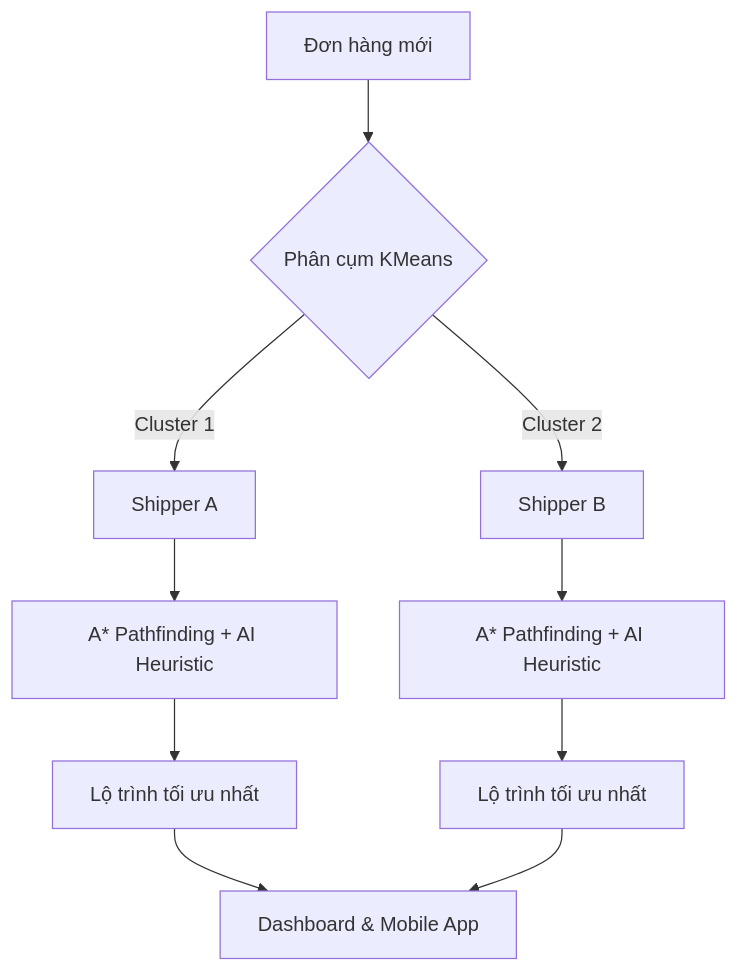
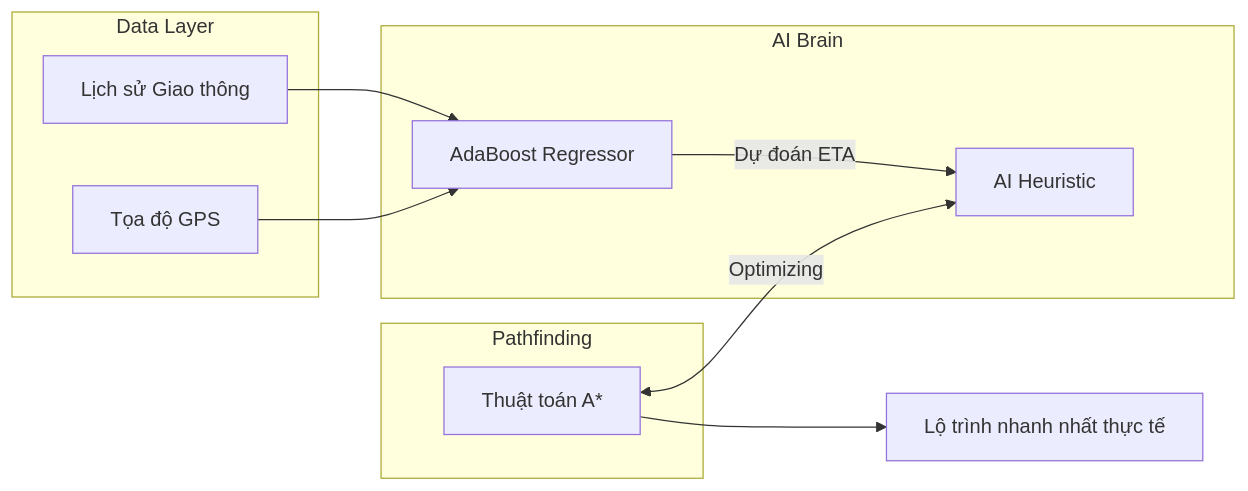
Before and after one commit to NTbankey1/LogiSense-AI: the diagram in README.md, drawn with Mermaid. The commit also changed other lines of this file and 10 other files, not shown here.

````diff
--- a/README.md
+++ b/README.md
@@ -53,12 +55,18 @@
 ```mermaid
-graph TD
-    A[Đơn hàng mới] --> B{Phân cụm KMeans}
-    B -->|Cluster 1| C[Shipper A]
-    B -->|Cluster 2| D[Shipper B]
-    C --> E[A* Pathfinding + AI Heuristic]
-    D --> F[A* Pathfinding + AI Heuristic]
-    E --> G[Lộ trình tối ưu nhất]
-    F --> H[Lộ trình tối ưu nhất]
-    G --> I[Dashboard & Mobile App]
-    H --> I
+graph LR
+    subgraph "Data Layer"
+        D1[Lịch sử Giao thông]
+        D2[Tọa độ GPS]
+    end
+    
+    subgraph "AI Brain"
+        M1[AdaBoost Regressor] -->|Dự đoán ETA| H[AI Heuristic]
+    end
+    
+    subgraph "Pathfinding"
+        P[Thuật toán A*] <-->|Optimizing| H
+    end
+    
+    D1 & D2 --> M1
+    P --> Result[Lộ trình nhanh nhất thực tế]
 ```
````
